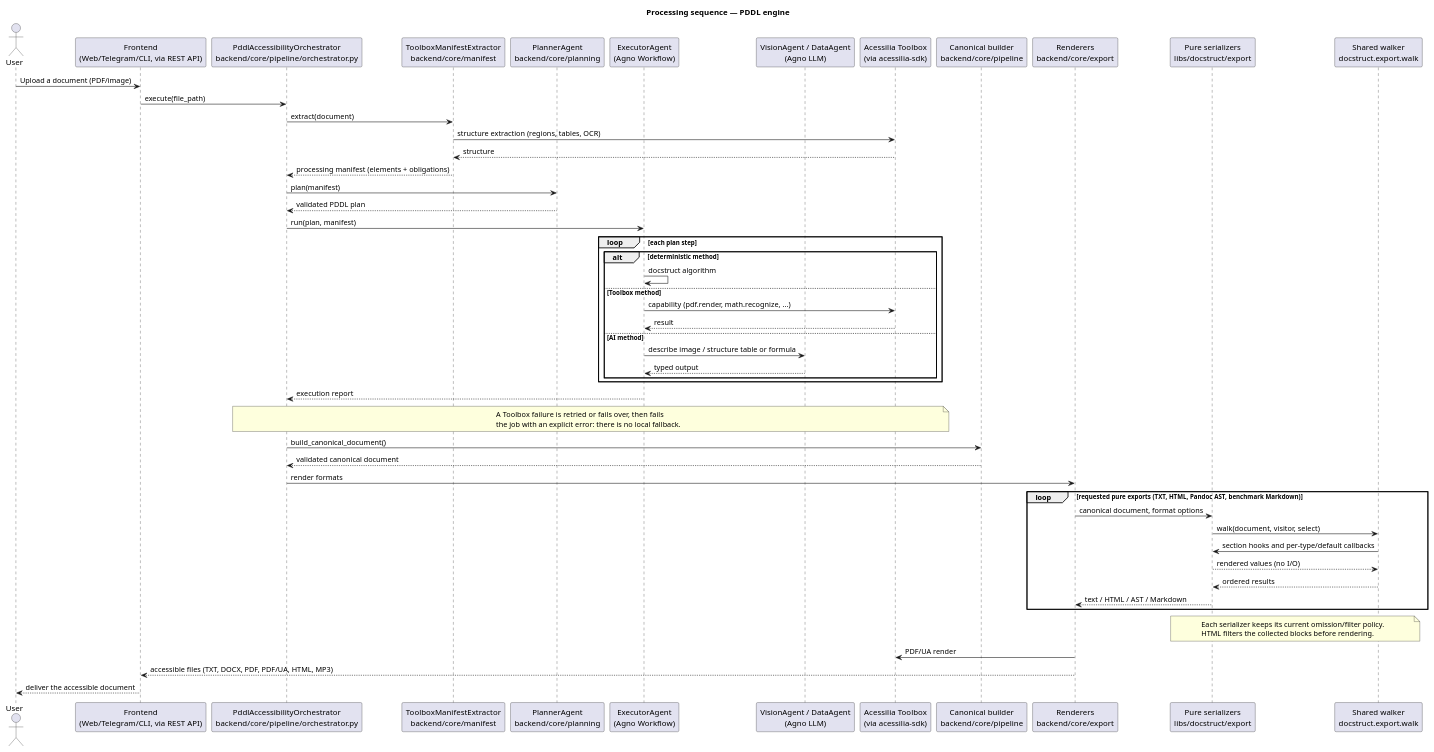
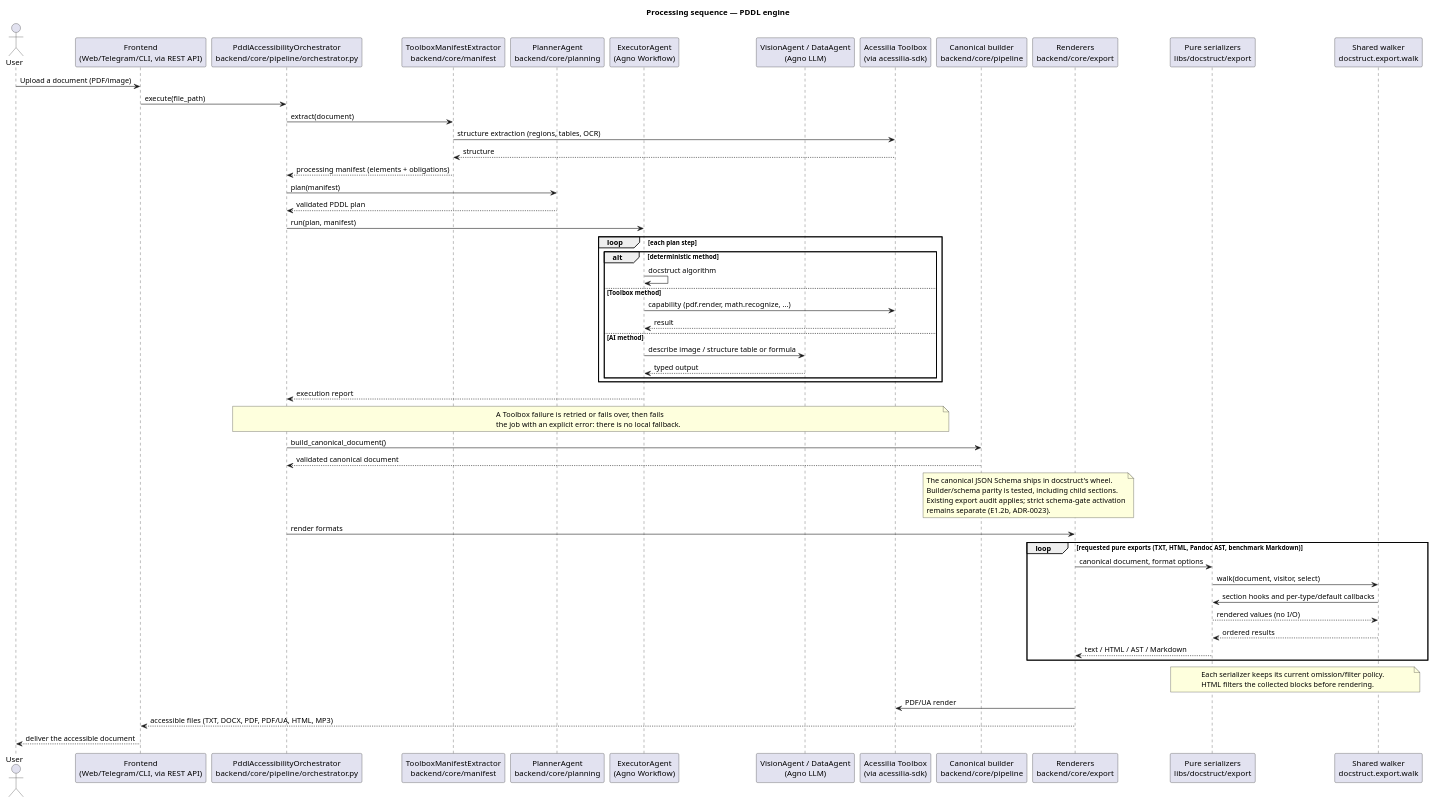
The diagram in docs/sequence/document_processing_sequence.puml (A11yDevs/acessilia), drawn with PlantUML before and after one commit. The commit also changed 26 other files, not shown here.

Commit message:
feat(docstruct): package canonical schema with injected validation (#371)

```diff
--- a/docs/sequence/document_processing_sequence.puml
+++ b/docs/sequence/document_processing_sequence.puml
@@ -1,69 +1,76 @@
 @startuml document_processing_sequence
 skinparam shadowing false
 
 title Processing sequence — PDDL engine
 
 actor User
 participant "Frontend\n(Web/Telegram/CLI, via REST API)" as Front
 participant "PddlAccessibilityOrchestrator\nbackend/core/pipeline/orchestrator.py" as Orchestrator
 participant "ToolboxManifestExtractor\nbackend/core/manifest" as Manifest
 participant "PlannerAgent\nbackend/core/planning" as Planner
 participant "ExecutorAgent\n(Agno Workflow)" as Executor
 participant "VisionAgent / DataAgent\n(Agno LLM)" as Agents
 participant "Acessilia Toolbox\n(via acessilia-sdk)" as Toolbox
 participant "Canonical builder\nbackend/core/pipeline" as Builder
 participant "Renderers\nbackend/core/export" as Export
 participant "Pure serializers\nlibs/docstruct/export" as PureExport
 participant "Shared walker\ndocstruct.export.walk" as Walker
 
 User -> Front: Upload a document (PDF/image)
 Front -> Orchestrator: execute(file_path)
 
 Orchestrator -> Manifest: extract(document)
 Manifest -> Toolbox: structure extraction (regions, tables, OCR)
 Toolbox --> Manifest: structure
 Manifest --> Orchestrator: processing manifest (elements + obligations)
 
 Orchestrator -> Planner: plan(manifest)
 Planner --> Orchestrator: validated PDDL plan
 
 Orchestrator -> Executor: run(plan, manifest)
 loop each plan step
   alt deterministic method
     Executor -> Executor: docstruct algorithm
   else Toolbox method
     Executor -> Toolbox: capability (pdf.render, math.recognize, ...)
     Toolbox --> Executor: result
   else AI method
     Executor -> Agents: describe image / structure table or formula
     Agents --> Executor: typed output
   end
 end
 Executor --> Orchestrator: execution report
 
 note over Orchestrator, Toolbox
   A Toolbox failure is retried or fails over, then fails
   the job with an explicit error: there is no local fallback.
 end note
 
 Orchestrator -> Builder: build_canonical_document()
 Builder --> Orchestrator: validated canonical document
 
+note over Builder, Export
+  The canonical JSON Schema ships in docstruct's wheel.
+  Builder/schema parity is tested, including child sections.
+  Existing export audit applies; strict schema-gate activation
+  remains separate (E1.2b, ADR-0023).
+end note
+
 Orchestrator -> Export: render formats
 loop requested pure exports (TXT, HTML, Pandoc AST, benchmark Markdown)
   Export -> PureExport: canonical document, format options
   PureExport -> Walker: walk(document, visitor, select)
   Walker -> PureExport: section hooks and per-type/default callbacks
   PureExport --> Walker: rendered values (no I/O)
   Walker --> PureExport: ordered results
   PureExport --> Export: text / HTML / AST / Markdown
 end
 note over PureExport, Walker
   Each serializer keeps its current omission/filter policy.
   HTML filters the collected blocks before rendering.
 end note
 Export -> Toolbox: PDF/UA render
 Export --> Front: accessible files (TXT, DOCX, PDF, PDF/UA, HTML, MP3)
 Front --> User: deliver the accessible document
 
 @enduml
```
